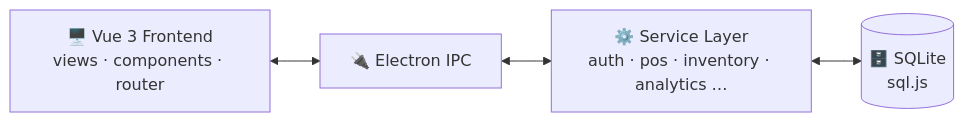
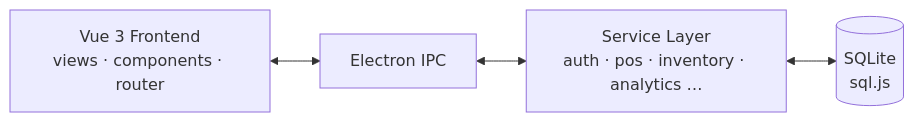
Before and after one commit to AndrewPuig77/Small-Food-Business-Management-System: the diagram in README.md, drawn with Mermaid. The commit also changed other lines of this file, not shown here.

````diff
--- a/README.md
+++ b/README.md
@@ -177,8 +177,8 @@
 ```mermaid
 flowchart LR
-    UI["🖥️ Vue 3 Frontend<br/>views · components · router"]
-    IPC["🔌 Electron IPC"]
-    SVC["⚙️ Service Layer<br/>auth · pos · inventory · analytics …"]
-    DB[("🗄️ SQLite<br/>sql.js")]
+    UI["Vue 3 Frontend<br/>views · components · router"]
+    IPC["Electron IPC"]
+    SVC["Service Layer<br/>auth · pos · inventory · analytics …"]
+    DB[("SQLite<br/>sql.js")]
     UI <--> IPC <--> SVC <--> DB
 ```
````
